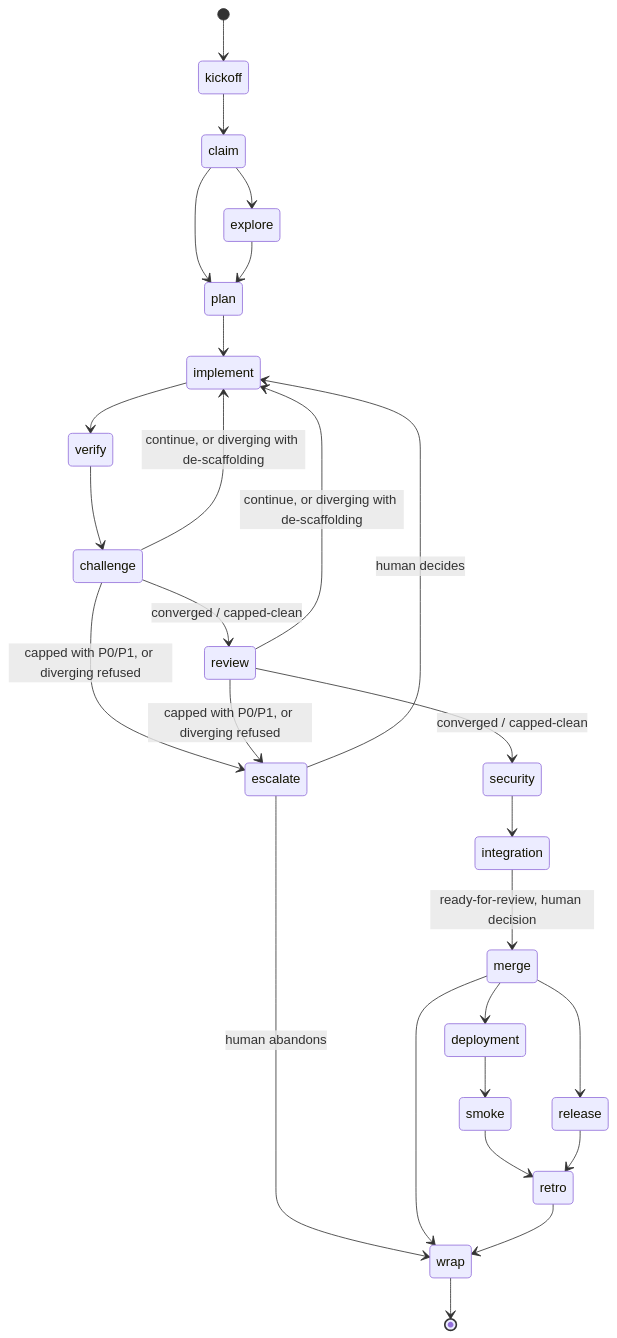
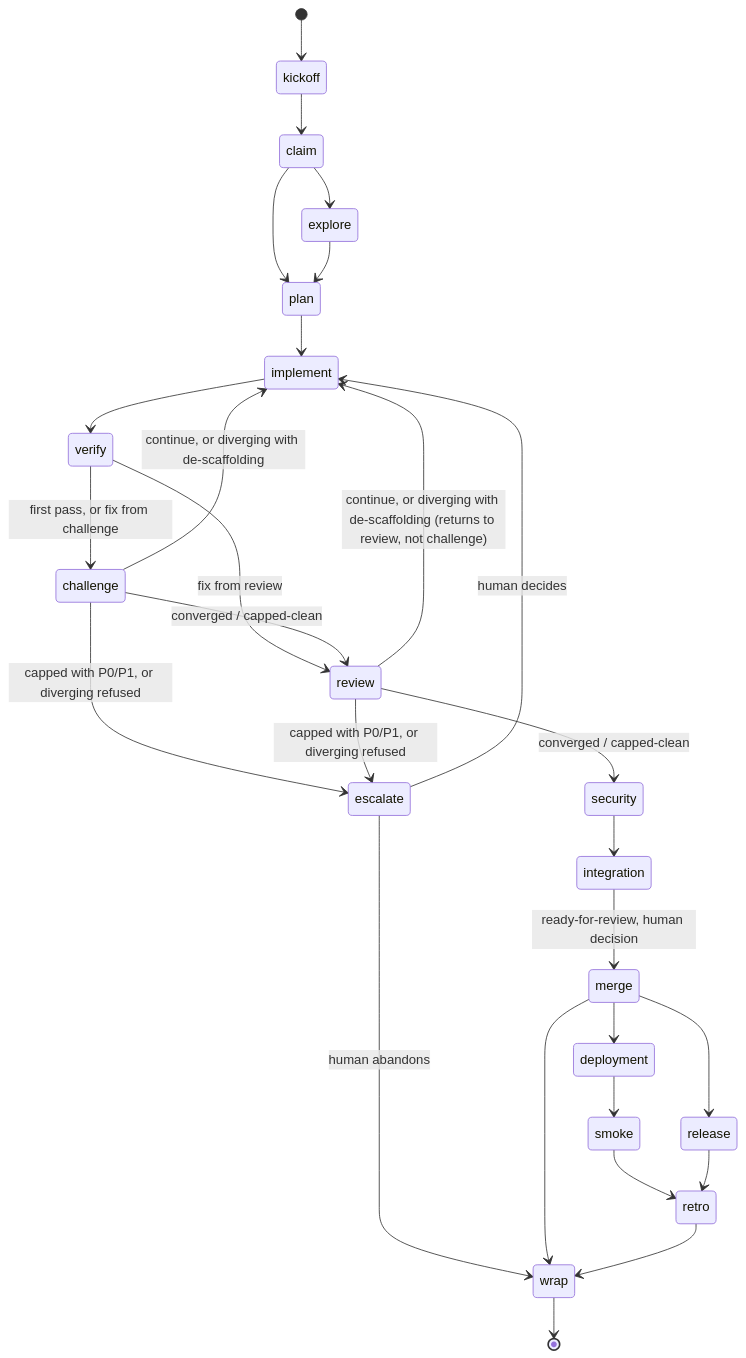
Before and after one commit to evanharmon1/harmon-devkit: the second of 2 diagrams in docs/product/domain.md, drawn with Mermaid. The commit also changed other lines of this file and 1 other file, not shown here.

First line of the commit message:
docs(specs): converge Dev flow v2 after challenge round 2

````diff
--- a/docs/product/domain.md
+++ b/docs/product/domain.md
@@ -55,29 +69,30 @@
 ```mermaid
 stateDiagram-v2
     [*] --> kickoff
     kickoff --> claim
     claim --> explore
     claim --> plan
     explore --> plan
     plan --> implement
     implement --> verify
-    verify --> challenge
+    verify --> challenge : first pass, or fix from challenge
+    verify --> review : fix from review
     challenge --> implement : continue, or diverging with de-scaffolding
     challenge --> review : converged / capped-clean
     challenge --> escalate : capped with P0/P1, or diverging refused
-    review --> implement : continue, or diverging with de-scaffolding
+    review --> implement : continue, or diverging with de-scaffolding (returns to review, not challenge)
     review --> security : converged / capped-clean
     review --> escalate : capped with P0/P1, or diverging refused
     escalate --> implement : human decides
     escalate --> wrap : human abandons
     security --> integration
     integration --> merge : ready-for-review, human decision
     merge --> deployment
     merge --> release
     deployment --> smoke
     smoke --> retro
     release --> retro
     merge --> wrap
     retro --> wrap
     wrap --> [*]
 ```
````
